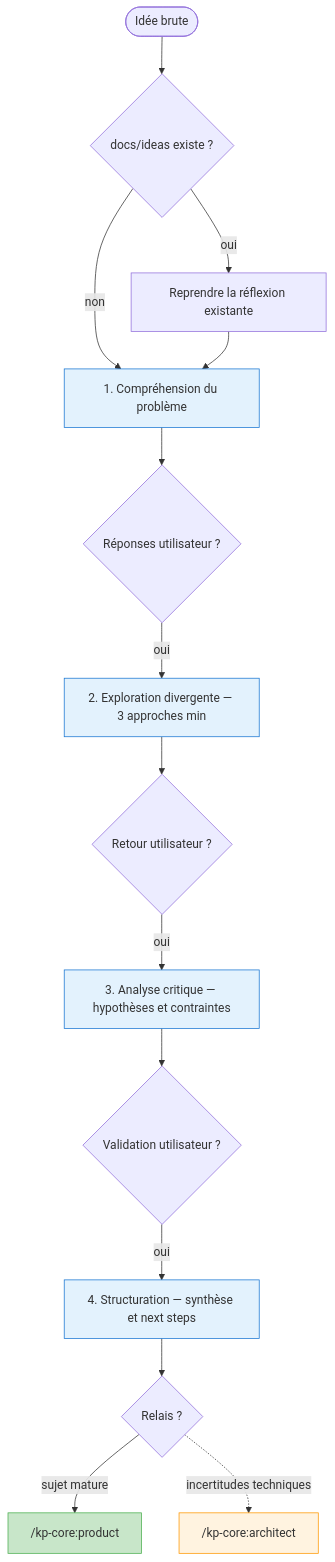
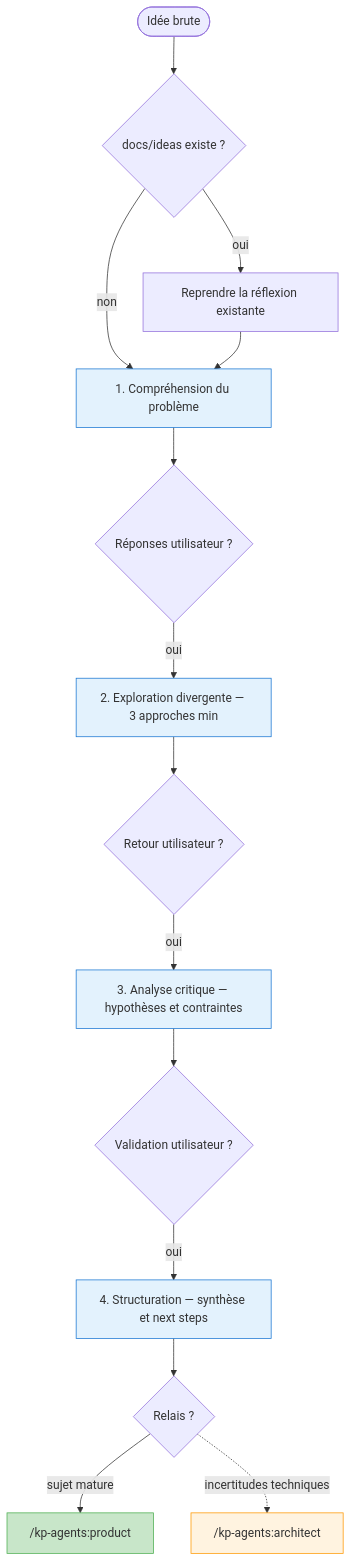
The second of 8 diagrams in docs/agents.md (KeyProd/kp-agents), drawn with Mermaid before and after one commit. The commit also changed other lines of this file and 22 other files, not shown here.

First line of the commit message:
feat(S-0003): release kp-agents-v0.1.0 (rename kp-core -> kp-agents + bump)

````diff
--- a/docs/agents.md
+++ b/docs/agents.md
@@ -74,33 +74,33 @@
 ```mermaid
 flowchart TD
     START([Idée brute]) --> CHECK{docs/ideas existe ?}
     CHECK -->|oui| REPRISE[Reprendre la réflexion existante]
     CHECK -->|non| COMP
     REPRISE --> COMP
 
     COMP[1. Compréhension du problème]
     COMP --> STOP1{Réponses utilisateur ?}
     STOP1 -->|oui| EXPLO
 
     EXPLO[2. Exploration divergente — 3 approches min]
     EXPLO --> STOP2{Retour utilisateur ?}
     STOP2 -->|oui| CRIT
 
     CRIT[3. Analyse critique — hypothèses et contraintes]
     CRIT --> STOP3{Validation utilisateur ?}
     STOP3 -->|oui| STRUCT
 
     STRUCT[4. Structuration — synthèse et next steps]
     STRUCT --> OUT
 
     OUT{Relais ?}
-    OUT -->|sujet mature| PRODUCT["/kp-core:product"]
-    OUT -.->|incertitudes techniques| ARCHITECT["/kp-core:architect"]
+    OUT -->|sujet mature| PRODUCT["/kp-agents:product"]
+    OUT -.->|incertitudes techniques| ARCHITECT["/kp-agents:architect"]
 
     style COMP fill:#e3f2fd,stroke:#1976D2
     style EXPLO fill:#e3f2fd,stroke:#1976D2
     style CRIT fill:#e3f2fd,stroke:#1976D2
     style STRUCT fill:#e3f2fd,stroke:#1976D2
     style PRODUCT fill:#c8e6c9,stroke:#4CAF50
     style ARCHITECT fill:#fff3e0,stroke:#FF9800
 ```
````
